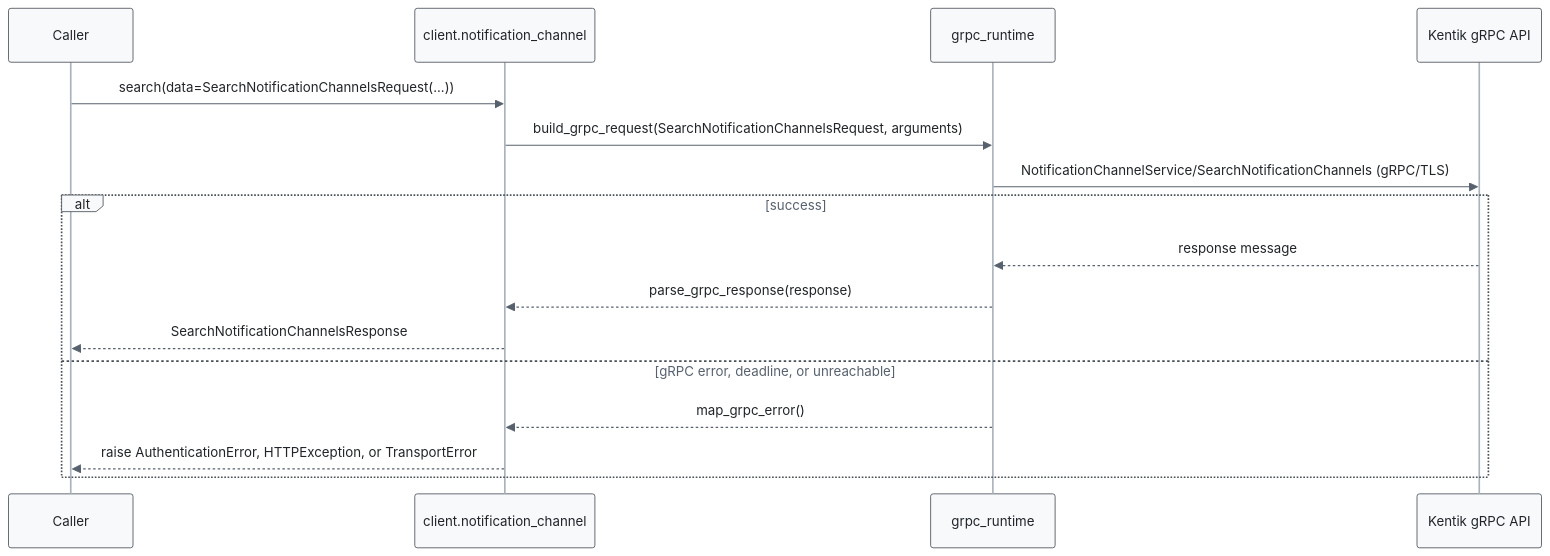
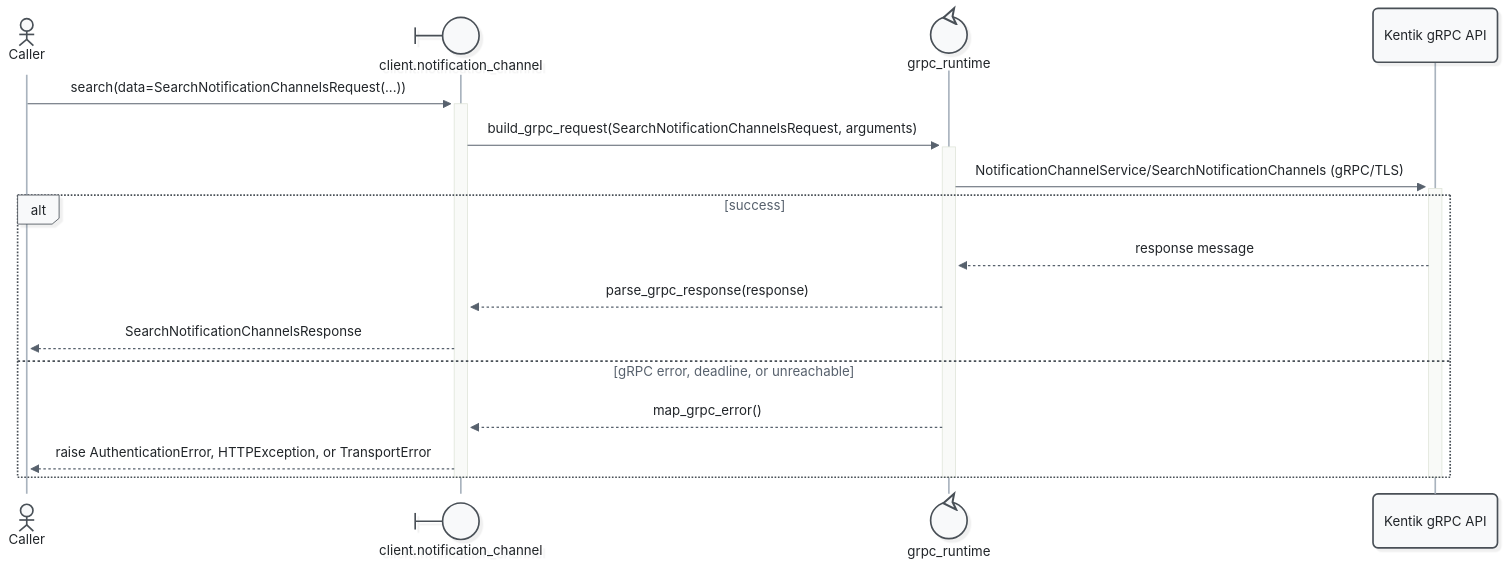
One commit to alexdearaujo/community_sdk_python changed the fourth of 7 diagrams in docs/sphinx/services/notification_channel.md. Above: the diagram before and after it, drawn with Mermaid. The commit also changed other lines of this file and 52 other files, not shown here.

First line of the commit message:
docs: Mermaid 12 sequence diagrams with participant types and path colors

````diff
--- a/docs/sphinx/services/notification_channel.md
+++ b/docs/sphinx/services/notification_channel.md
@@ -125,20 +132,23 @@
 ```mermaid
-%%{init: {"theme": "base", "fontFamily": "ui-monospace, SFMono-Regular, Menlo, monospace", "themeVariables": {"fontFamily": "ui-monospace, SFMono-Regular, Menlo, monospace", "primaryColor": "#f8f9fa", "primaryBorderColor": "#495057", "primaryTextColor": "#212529", "textColor": "#212529", "lineColor": "#77818c", "edgeLabelBackground": "#ffffff", "actorBkg": "#f8f9fa", "actorBorder": "#495057", "actorTextColor": "#212529", "actorLineColor": "#a9b3be", "signalColor": "#57616d", "signalTextColor": "#212529", "labelBoxBkgColor": "#f8f9fa", "labelBoxBorderColor": "#495057", "labelTextColor": "#212529", "loopTextColor": "#57616d", "noteBkgColor": "#fff9db", "noteBorderColor": "#f08c00", "noteTextColor": "#a35a00"}, "flowchart": {"curve": "step", "nodeSpacing": 30, "rankSpacing": 70, "wrappingWidth": 400}}}%%
+%%{init: {"theme": "redux", "look": "neo", "layout": "dagre", "fontFamily": "ui-monospace, SFMono-Regular, Menlo, monospace", "themeVariables": {"fontFamily": "ui-monospace, SFMono-Regular, Menlo, monospace", "primaryColor": "#f8f9fa", "primaryBorderColor": "#495057", "primaryTextColor": "#212529", "textColor": "#212529", "lineColor": "#77818c", "edgeLabelBackground": "#ffffff", "actorBkg": "#f8f9fa", "actorBorder": "#495057", "actorTextColor": "#212529", "actorLineColor": "#a9b3be", "signalColor": "#57616d", "signalTextColor": "#212529", "labelBoxBkgColor": "#f8f9fa", "labelBoxBorderColor": "#495057", "labelTextColor": "#212529", "loopTextColor": "#57616d", "noteBkgColor": "#fff9db", "noteBorderColor": "#f08c00", "noteTextColor": "#a35a00"}, "sequence": {"activationWidth": 16}, "flowchart": {"curve": "step", "nodeSpacing": 30, "rankSpacing": 70, "wrappingWidth": 400}}}%%
 sequenceDiagram
-    participant C as Caller
-    participant W as client.notification_channel
-    participant R as grpc_runtime
+    actor C as Caller
+    participant W@{ "type": "boundary" } as client.notification_channel
+    participant R@{ "type": "control" } as grpc_runtime
     participant API as Kentik gRPC API
 
-    C->>W: search(data=SearchNotificationChannelsRequest(...))
-    W->>R: build_grpc_request(SearchNotificationChannelsRequest, arguments)
-    R->>API: NotificationChannelService/SearchNotificationChannels (gRPC/TLS)
+    C->>+W: search(data=SearchNotificationChannelsRequest(...))
+    W->>+R: build_grpc_request(SearchNotificationChannelsRequest, arguments)
+    R->>+API: NotificationChannelService/SearchNotificationChannels (gRPC/TLS)
     alt success
         API-->>R: response message
         R-->>W: parse_grpc_response(response)
         W-->>C: SearchNotificationChannelsResponse
     else gRPC error, deadline, or unreachable
         R-->>W: map_grpc_error()
         W-->>C: raise AuthenticationError, HTTPException, or TransportError
     end
+    deactivate API
+    deactivate R
+    deactivate W
 ```
````
